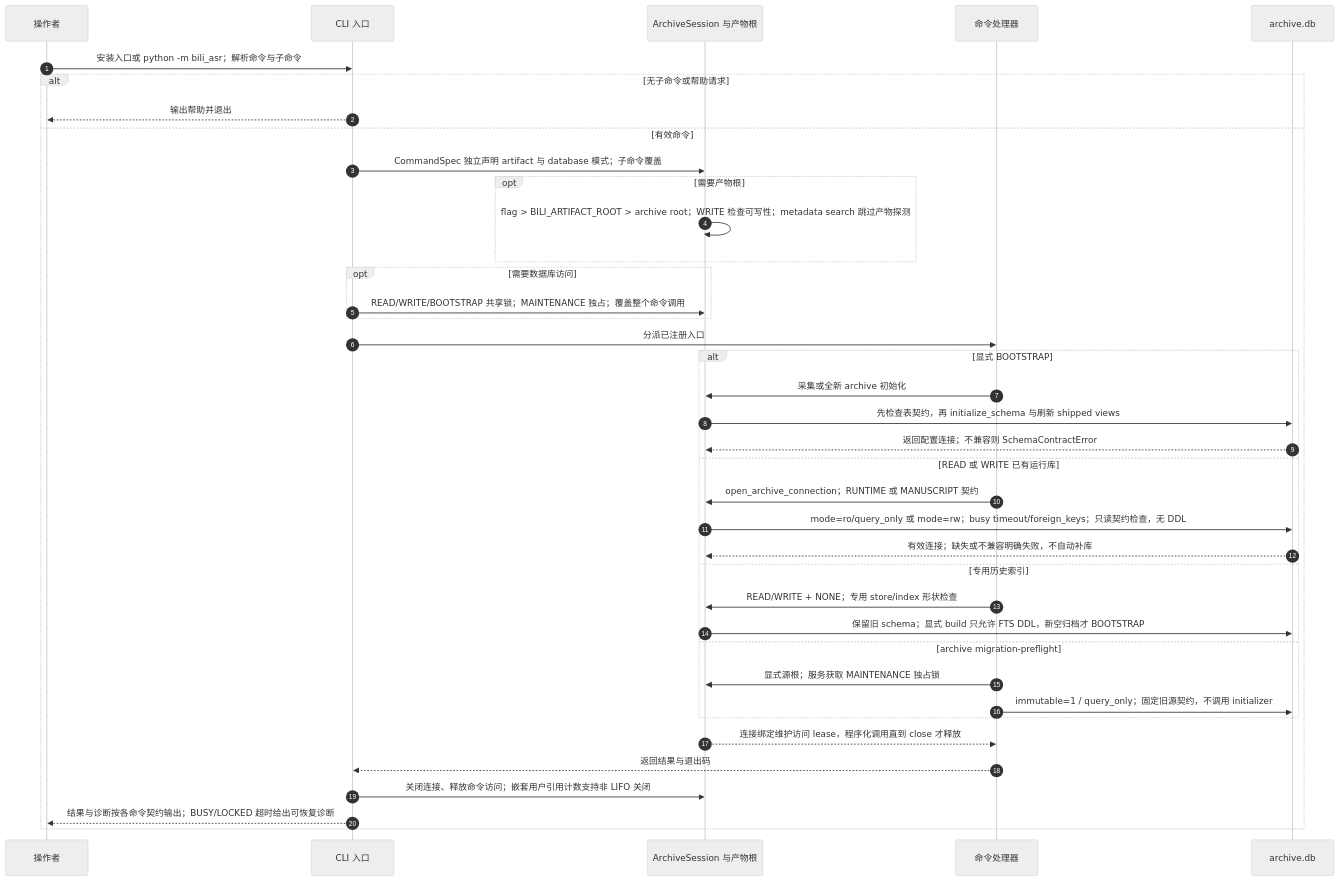
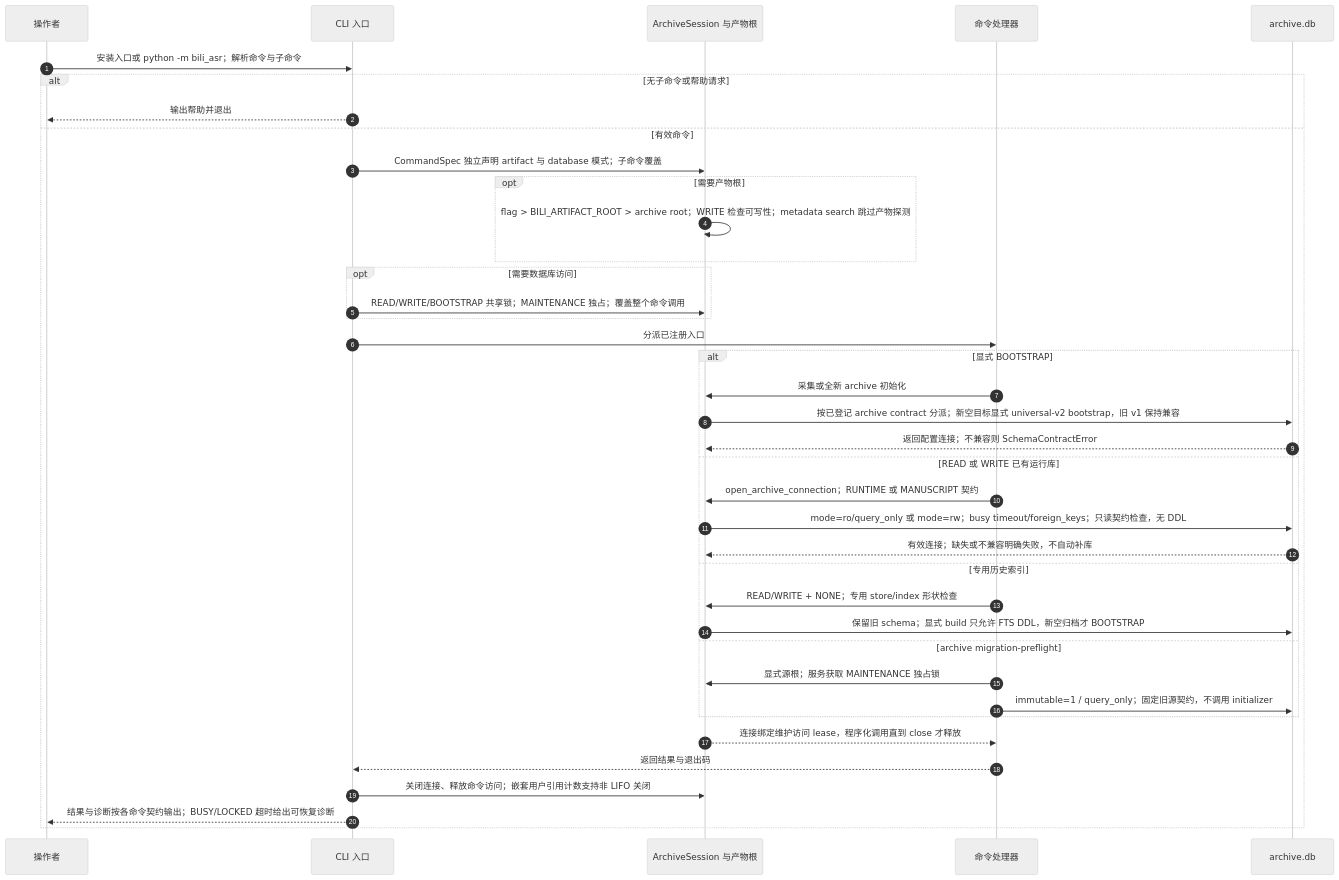
One commit to SuperCatQR/bilibili-asr-archive changed the diagram in docs/sequences/01-cli-bootstrap.md. Above: the diagram before and after it, drawn with Mermaid (neutral theme). The commit also changed other lines of this file and 100 other files, not shown here.

Commit message:
docs: refresh architecture and sequence diagrams from current main

````diff
--- a/docs/sequences/01-cli-bootstrap.md
+++ b/docs/sequences/01-cli-bootstrap.md
@@ -9,41 +9,41 @@
 ```mermaid
 sequenceDiagram
     autonumber
     participant operator as 操作者
     participant cli as CLI 入口
     participant session as ArchiveSession 与产物根
     participant handler as 命令处理器
     participant db as archive.db
     operator->>cli: 安装入口或 python -m bili_asr；解析命令与子命令
     alt 无子命令或帮助请求
     cli-->>operator: 输出帮助并退出
     else 有效命令
     cli->>session: CommandSpec 独立声明 artifact 与 database 模式；子命令覆盖
     opt 需要产物根
     session->>session: flag > BILI_ARTIFACT_ROOT > archive root；WRITE 检查可写性；metadata search 跳过产物探测
     end
     opt 需要数据库访问
     cli->>session: READ/WRITE/BOOTSTRAP 共享锁；MAINTENANCE 独占；覆盖整个命令调用
     end
     cli->>handler: 分派已注册入口
     alt 显式 BOOTSTRAP
     handler->>session: 采集或全新 archive 初始化
-    session->>db: 先检查表契约，再 initialize_schema 与刷新 shipped views
+    session->>db: 按已登记 archive contract 分派；新空目标显式 universal-v2 bootstrap，旧 v1 保持兼容
     db-->>session: 返回配置连接；不兼容则 SchemaContractError
     else READ 或 WRITE 已有运行库
     handler->>session: open_archive_connection；RUNTIME 或 MANUSCRIPT 契约
     session->>db: mode=ro/query_only 或 mode=rw；busy timeout/foreign_keys；只读契约检查，无 DDL
     db-->>session: 有效连接；缺失或不兼容明确失败，不自动补库
     else 专用历史索引
     handler->>session: READ/WRITE + NONE；专用 store/index 形状检查
     session->>db: 保留旧 schema；显式 build 只允许 FTS DDL，新空归档才 BOOTSTRAP
     else archive migration-preflight
     handler->>session: 显式源根；服务获取 MAINTENANCE 独占锁
     handler->>db: immutable=1 / query_only；固定旧源契约，不调用 initializer
     end
     session-->>handler: 连接绑定维护访问 lease，程序化调用直到 close 才释放
     handler-->>cli: 返回结果与退出码
     cli->>session: 关闭连接、释放命令访问；嵌套用户引用计数支持非 LIFO 关闭
     cli-->>operator: 结果与诊断按各命令契约输出；BUSY/LOCKED 超时给出可恢复诊断
     end
 ```
````
